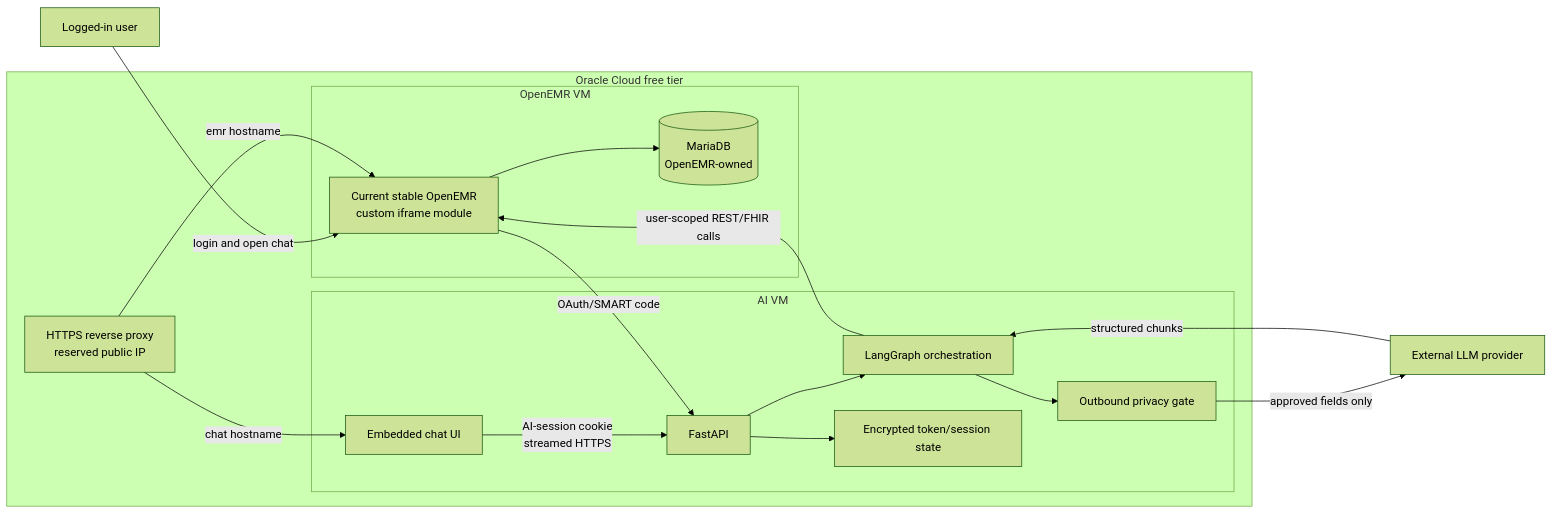
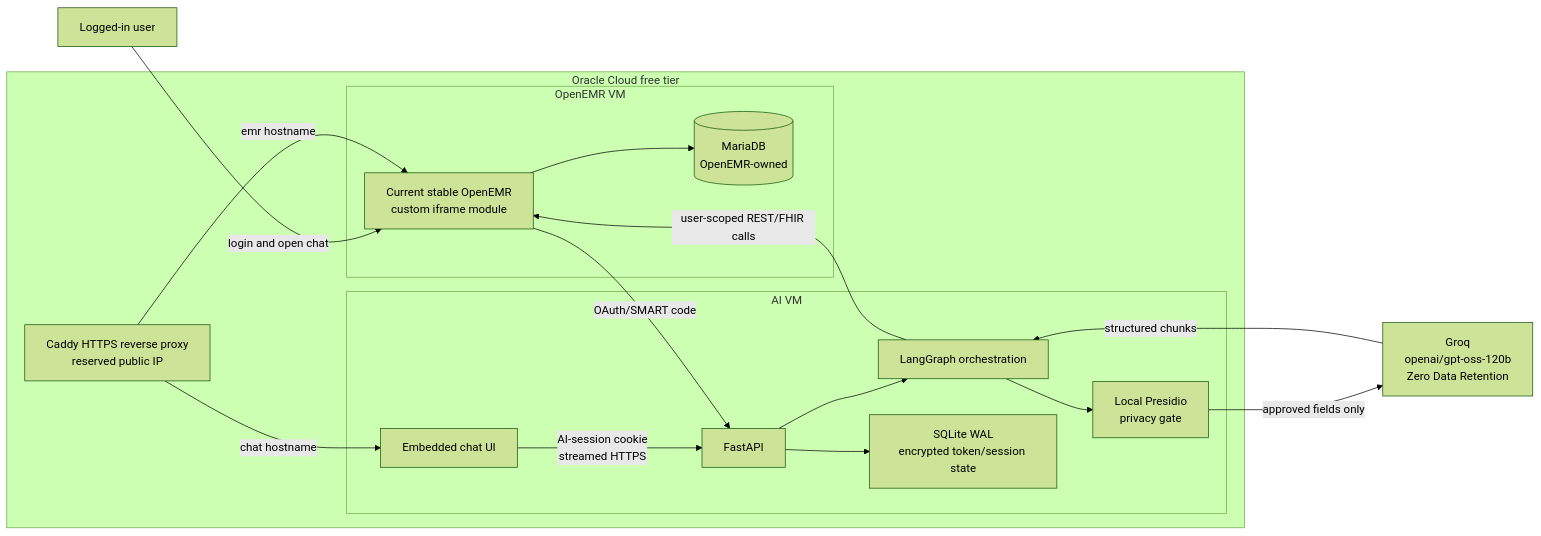
One commit to codeoritdidnthappen/aea-investors changed the first of 3 diagrams in ARCHITECTURE.md. Above: the diagram before and after it, drawn with Mermaid (forest theme). The commit also changed other lines of this file and 3 other files, not shown here.

```diff
--- a/ARCHITECTURE.md
+++ b/ARCHITECTURE.md
@@ -16,36 +17,36 @@
 ~~~mermaid
 flowchart LR
     U["Logged-in user"]
 
     subgraph OCI["Oracle Cloud free tier"]
-        RP["HTTPS reverse proxy<br/>reserved public IP"]
+        RP["Caddy HTTPS reverse proxy<br/>reserved public IP"]
 
         subgraph EMR["OpenEMR VM"]
             OE["Current stable OpenEMR<br/>custom iframe module"]
             DB[("MariaDB<br/>OpenEMR-owned")]
         end
 
         subgraph AIS["AI VM"]
             UI["Embedded chat UI"]
             API["FastAPI"]
             LG["LangGraph orchestration"]
-            PG["Outbound privacy gate"]
-            TS["Encrypted token/session state"]
+            PG["Local Presidio<br/>privacy gate"]
+            TS["SQLite WAL<br/>encrypted token/session state"]
         end
     end
 
-    LLM["External LLM provider"]
+    LLM["Groq<br/>openai/gpt-oss-120b<br/>Zero Data Retention"]
 
     U -->|"login and open chat"| OE
     RP -->|"emr hostname"| OE
     RP -->|"chat hostname"| UI
     OE --> DB
     OE -->|"OAuth/SMART code"| API
     UI -->|"AI-session cookie<br/>streamed HTTPS"| API
     API --> LG
     LG -->|"user-scoped REST/FHIR calls"| OE
     API --> TS
     LG --> PG
     PG -->|"approved fields only"| LLM
     LLM -->|"structured chunks"| LG
 ~~~
```
